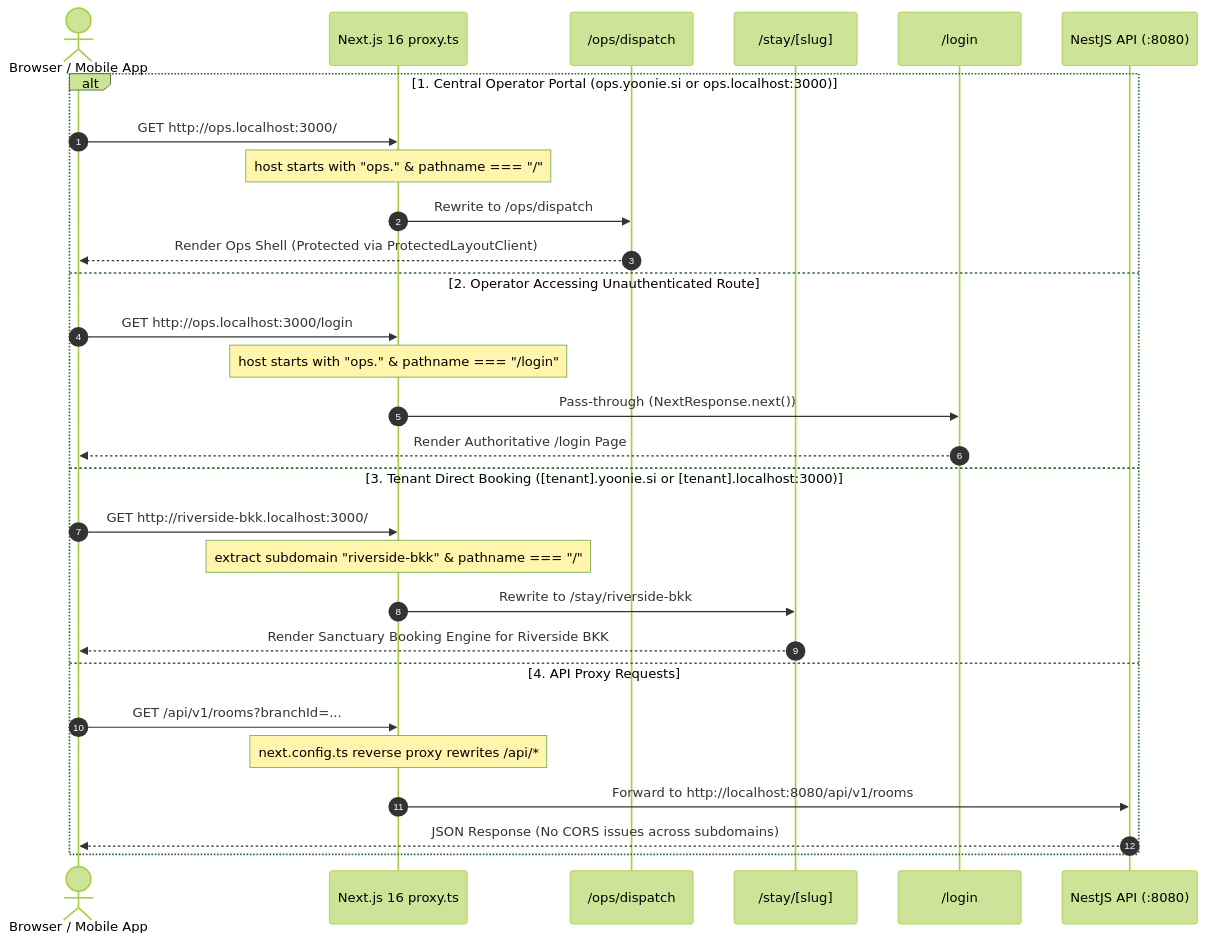
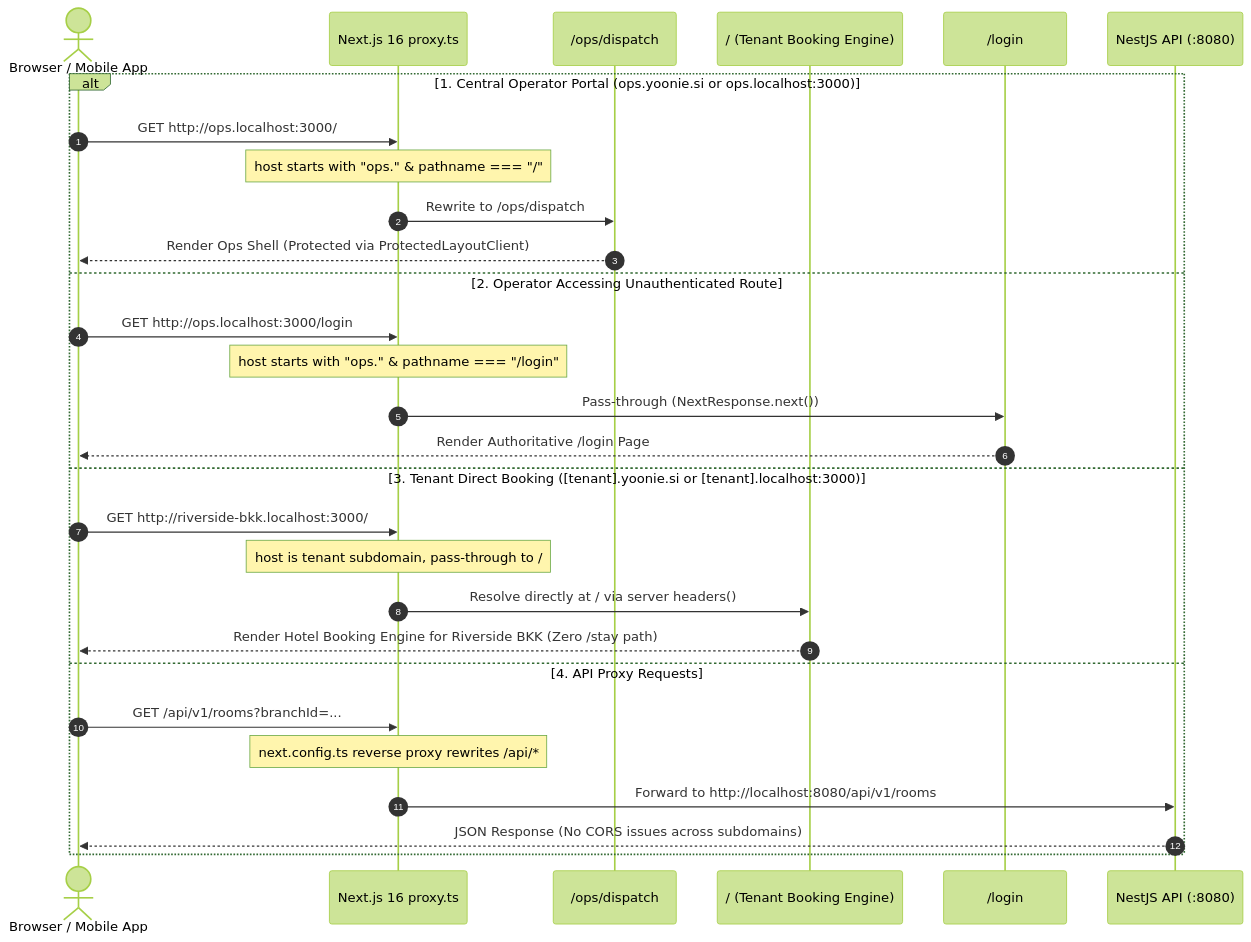
Before and after one commit to LynnT-2003/yoonie-frontend: the first of 7 diagrams in docs/SYSTEM_FLOWS.md, drawn with Mermaid (forest theme). The commit also changed other lines of this file and 14 other files, not shown here.

Commit message:
feat(routing): eliminate /stay hack and resolve tenant booking directly at /

````diff
--- a/docs/SYSTEM_FLOWS.md
+++ b/docs/SYSTEM_FLOWS.md
@@ -11,32 +11,32 @@
 ```mermaid
 sequenceDiagram
     autonumber
     actor Client as Browser / Mobile App
     participant Edge as Next.js 16 proxy.ts
     participant OpsPage as /ops/dispatch
-    participant StayPage as /stay/[slug]
+    participant TenantPage as / (Tenant Booking Engine)
     participant LoginPage as /login
     participant Backend as NestJS API (:8080)
 
     alt 1. Central Operator Portal (ops.yoonie.si or ops.localhost:3000)
         Client->>Edge: GET http://ops.localhost:3000/
         Note over Edge: host starts with "ops." & pathname === "/"
         Edge->>OpsPage: Rewrite to /ops/dispatch
         OpsPage-->>Client: Render Ops Shell (Protected via ProtectedLayoutClient)
     else 2. Operator Accessing Unauthenticated Route
         Client->>Edge: GET http://ops.localhost:3000/login
         Note over Edge: host starts with "ops." & pathname === "/login"
         Edge->>LoginPage: Pass-through (NextResponse.next())
         LoginPage-->>Client: Render Authoritative /login Page
     else 3. Tenant Direct Booking ([tenant].yoonie.si or [tenant].localhost:3000)
         Client->>Edge: GET http://riverside-bkk.localhost:3000/
-        Note over Edge: extract subdomain "riverside-bkk" & pathname === "/"
-        Edge->>StayPage: Rewrite to /stay/riverside-bkk
-        StayPage-->>Client: Render Sanctuary Booking Engine for Riverside BKK
+        Note over Edge: host is tenant subdomain, pass-through to /
+        Edge->>TenantPage: Resolve directly at / via server headers()
+        TenantPage-->>Client: Render Hotel Booking Engine for Riverside BKK (Zero /stay path)
     else 4. API Proxy Requests
         Client->>Edge: GET /api/v1/rooms?branchId=...
         Note over Edge: next.config.ts reverse proxy rewrites /api/*
         Edge->>Backend: Forward to http://localhost:8080/api/v1/rooms
         Backend-->>Client: JSON Response (No CORS issues across subdomains)
     end
 ```
````
